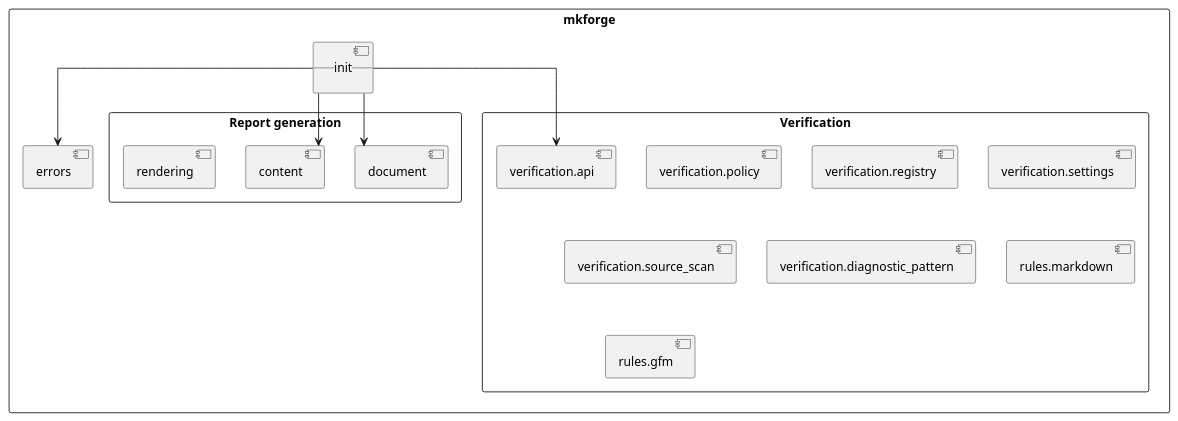
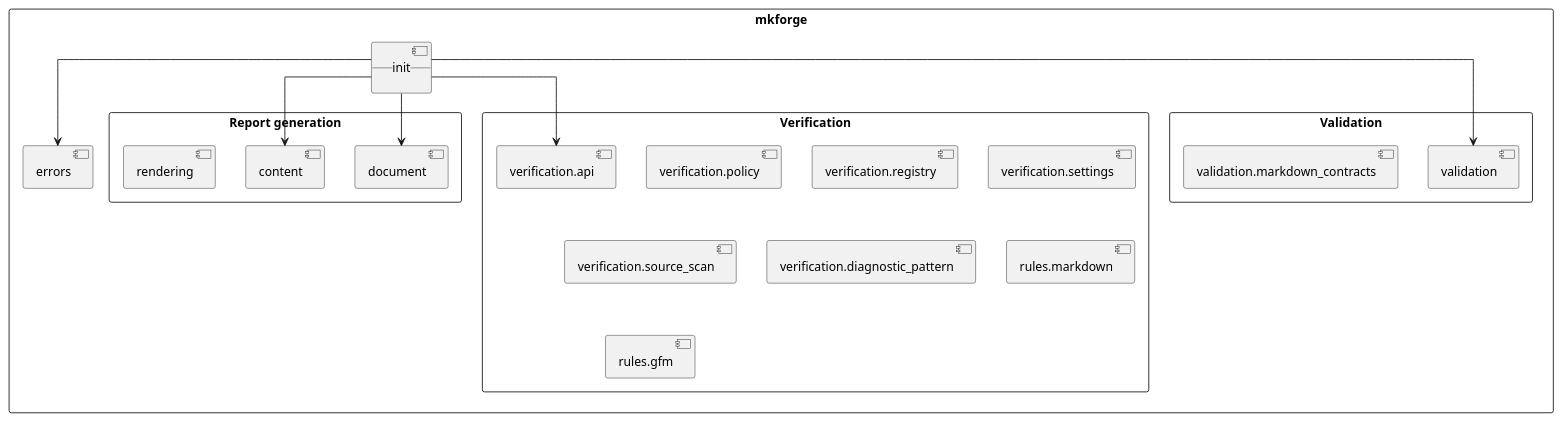
One commit to antoinebarre/mkforge changed the first of 11 diagrams in docs/SDD.md. Above: the diagram before and after it, drawn with PlantUML. The commit also changed other lines of this file and 10 other files, not shown here.

````diff
--- a/docs/SDD.md
+++ b/docs/SDD.md
@@ -48,28 +52,33 @@
 ```plantuml
 @startuml architecture-overview
 skinparam packageStyle rectangle
 skinparam linetype ortho
 
 package "mkforge" {
   package "Report generation" {
     [document]
     [content]
     [rendering]
   }
   package "Verification" {
     [verification.api]
     [verification.policy]
     [verification.registry]
     [verification.settings]
     [verification.source_scan]
     [verification.diagnostic_pattern]
     [rules.markdown]
     [rules.gfm]
   }
+  package "Validation" {
+    [validation]
+    [validation.markdown_contracts]
+  }
   [__init__] --> [document]
   [__init__] --> [content]
   [__init__] --> [errors]
   [__init__] --> [verification.api]
+  [__init__] --> [validation]
 }
 @enduml
 ```
````
